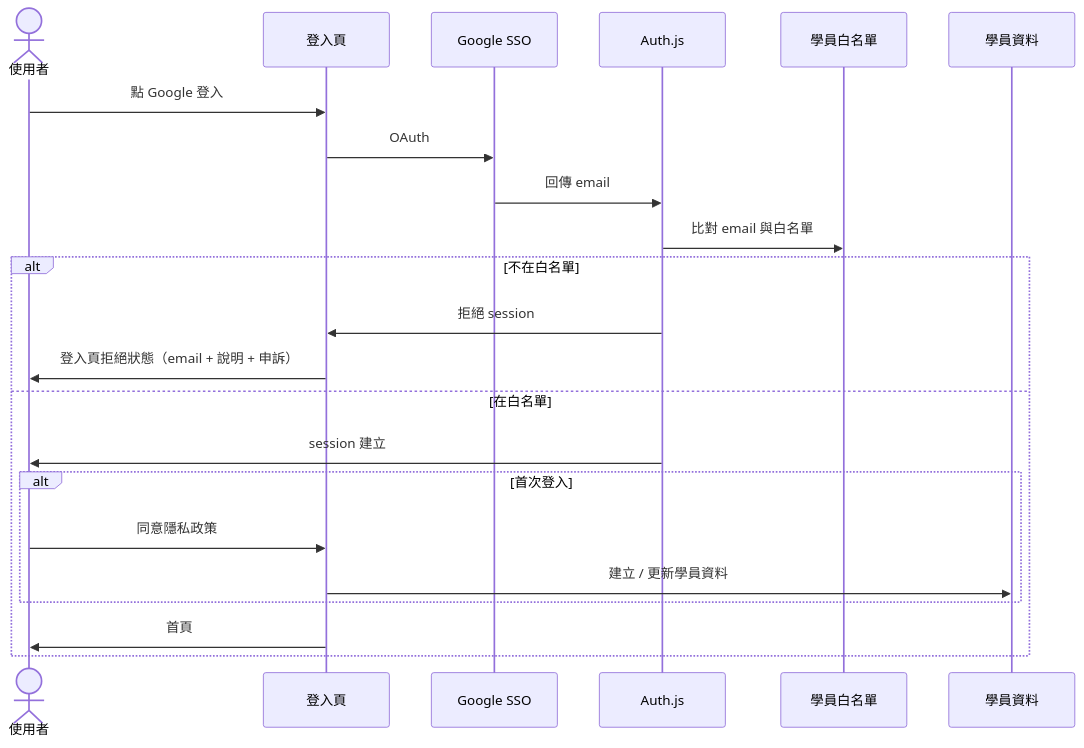
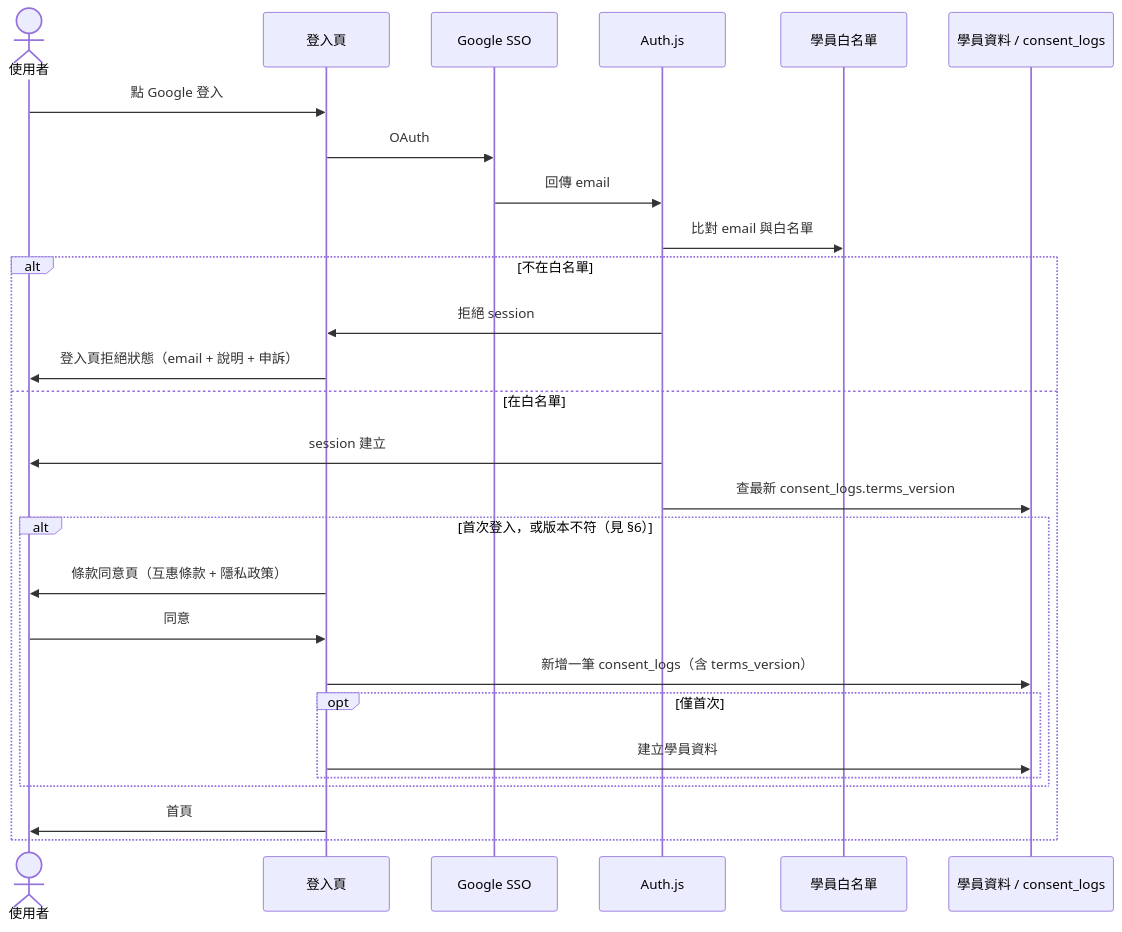
One commit to thementorship-tw/thementorship-exchange-app changed the second of 2 diagrams in docs/auth/05-first-timer-login-flow.md. Above: the diagram before and after it, drawn with Mermaid. The commit also changed 4 other files, not shown here.

First line of the commit message:
docs: align auth docs with custom login page

````diff
--- a/docs/auth/05-first-timer-login-flow.md
+++ b/docs/auth/05-first-timer-login-flow.md
@@ -85,25 +85,30 @@
 ```mermaid
 sequenceDiagram
     actor User as 使用者
     participant Login as 登入頁
     participant Google as Google SSO
     participant Auth as Auth.js
     participant WL as 學員白名單
-    participant DB as 學員資料
+    participant DB as 學員資料 / consent_logs
 
     User->>Login: 點 Google 登入
     Login->>Google: OAuth
     Google->>Auth: 回傳 email
     Auth->>WL: 比對 email 與白名單
     alt 不在白名單
         Auth->>Login: 拒絕 session
         Login->>User: 登入頁拒絕狀態（email + 說明 + 申訴）
     else 在白名單
         Auth->>User: session 建立
-        alt 首次登入
-            User->>Login: 同意隱私政策
-            Login->>DB: 建立 / 更新學員資料
+        Auth->>DB: 查最新 consent_logs.terms_version
+        alt 首次登入，或版本不符（見 §6）
+            Login->>User: 條款同意頁（互惠條款 + 隱私政策）
+            User->>Login: 同意
+            Login->>DB: 新增一筆 consent_logs（含 terms_version）
+            opt 僅首次
+                Login->>DB: 建立學員資料
+            end
         end
         Login->>User: 首頁
     end
 ```
````
